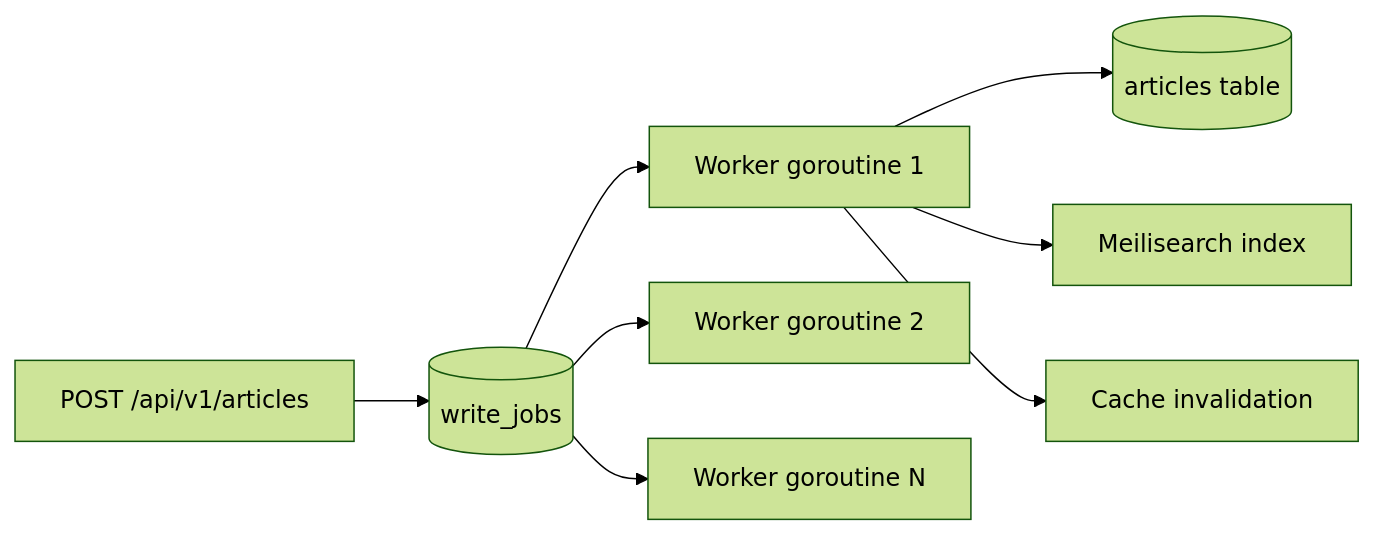
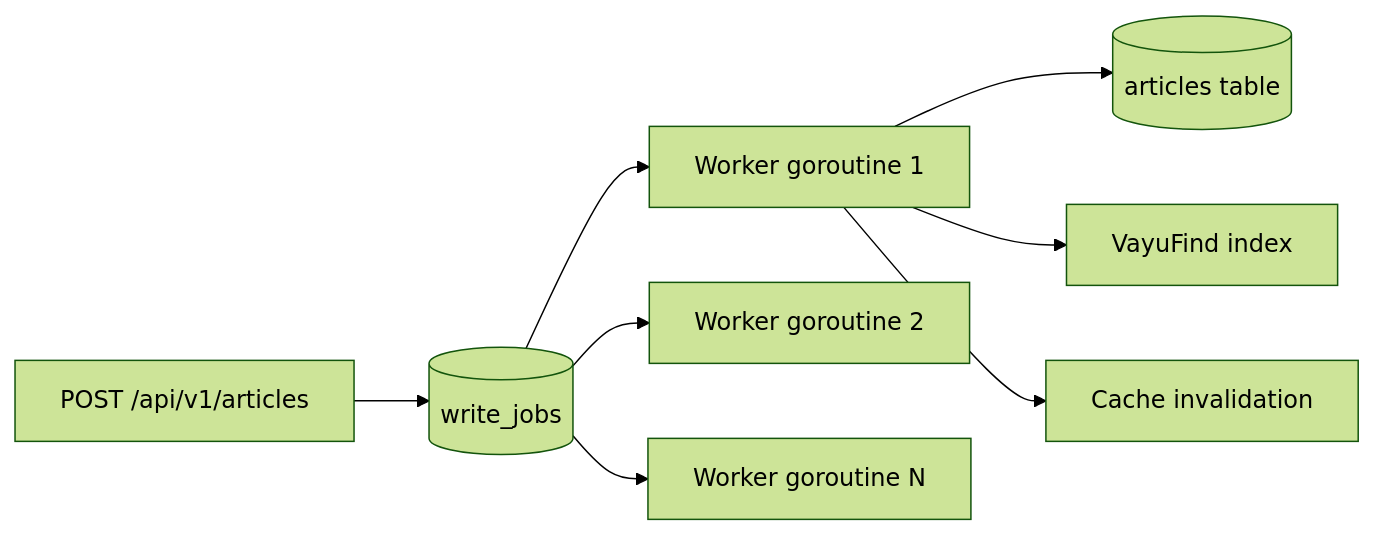
One commit to johalputt/VayuPress changed the third of 6 diagrams in docs/ARCHITECTURE.md. Above: the diagram before and after it, drawn with Mermaid (forest theme). The commit also changed other lines of this file and 30 other files, not shown here.

````diff
--- a/docs/ARCHITECTURE.md
+++ b/docs/ARCHITECTURE.md
@@ -49,10 +48,10 @@
 ```mermaid
 graph LR
     API[POST /api/v1/articles] --> DB[(write_jobs)]
     DB --> Worker1[Worker goroutine 1]
     DB --> Worker2[Worker goroutine 2]
     DB --> Worker3[Worker goroutine N]
     Worker1 --> Articles[(articles table)]
-    Worker1 --> Meili[Meilisearch index]
+    Worker1 --> Idx[VayuFind index]
     Worker1 --> CacheInval[Cache invalidation]
 ```
````
